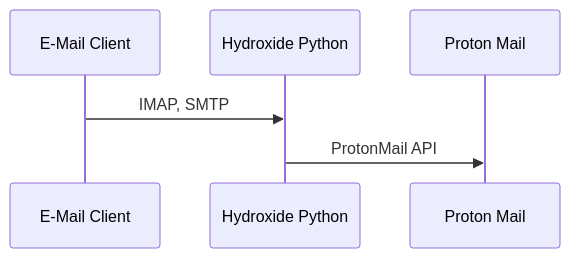
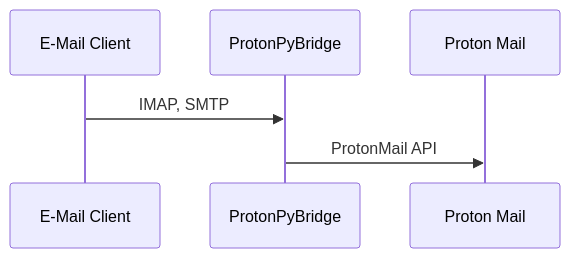
The diagram in README.md (sastatic/ProtonPyBridge), drawn with Mermaid before and after one commit. The commit also changed other lines of this file and 1 other file, not shown here.

````diff
--- a/README.md
+++ b/README.md
@@ -33,10 +33,10 @@
 ```mermaid
 sequenceDiagram
 
     participant c as E-Mail Client
-    participant h as Hydroxide Python
+    participant h as ProtonPyBridge
     participant p as Proton Mail
 
     c->>h: IMAP, SMTP
     h->>p: ProtonMail API
 ```
````
